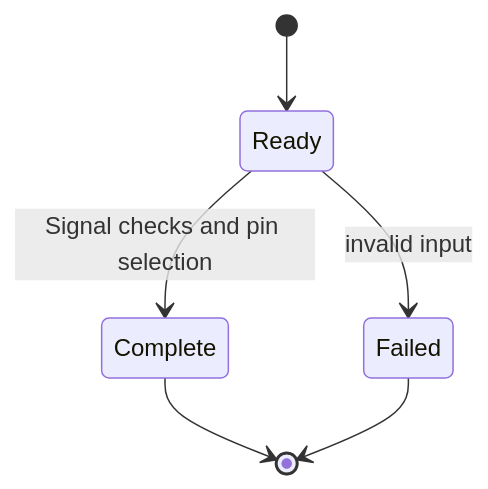
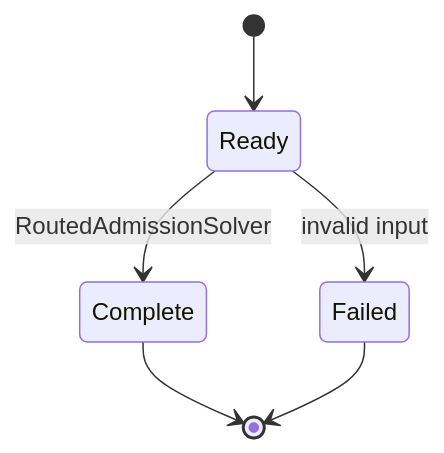
One commit to ShiboSoftwareDev/signal-integrity-pipeline changed the second of 2 diagrams in README.md. Above: the diagram before and after it, drawn with Mermaid. The commit also changed other lines of this file and 14 other files, not shown here.

First line of the commit message:
feat: add RoutedAdmissionSolver

````diff
--- a/README.md
+++ b/README.md
@@ -17,8 +18,8 @@
 ```mermaid
 stateDiagram-v2
   [*] --> Ready
-  Ready --> Complete: Signal checks and pin selection
+  Ready --> Complete: RoutedAdmissionSolver
   Ready --> Failed: invalid input
   Complete --> [*]
   Failed --> [*]
 ```
````
